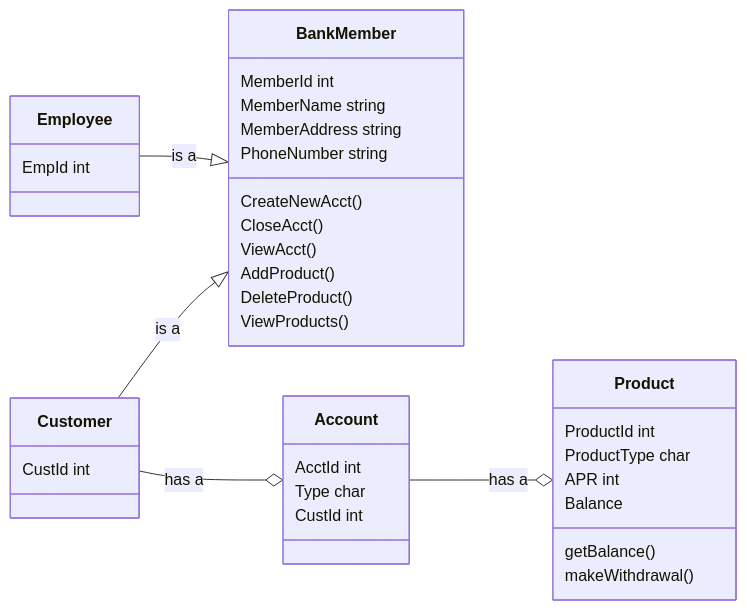
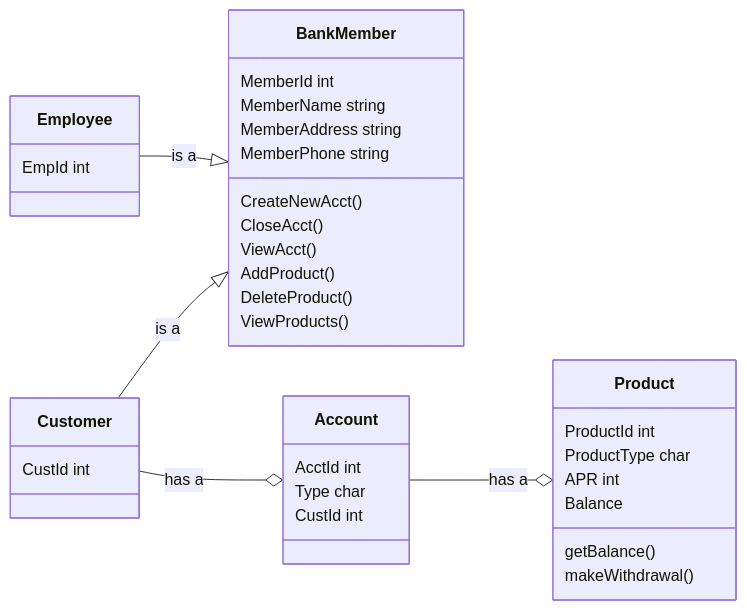
One commit to Marcus-Snell/Test changed the diagram in mermaid.md. Above: the diagram before and after it, drawn with Mermaid.

````diff
--- a/mermaid.md
+++ b/mermaid.md
@@ -1,36 +1,36 @@
 ```mermaid
 classDiagram
 direction LR
 BankMember
 BankMember : MemberId int
 BankMember : MemberName string
 BankMember : MemberAddress string
-BankMember : PhoneNumber string
+BankMember : MemberPhone string
 BankMember : CreateNewAcct()
 BankMember: CloseAcct()
 BankMember : ViewAcct()
 BankMember : AddProduct()
 BankMember : DeleteProduct()
 BankMember : ViewProducts()
 
 Employee --|> BankMember : is a
 Employee : EmpId int
 
 Customer --|> BankMember : is a
 Customer --o Account : has a
 Customer : CustId int
 
 Account --o Product : has a
 Account : AcctId int
 Account : Type char
 Account : CustId int
 
 Product : ProductId int
 Product : ProductType char
 Product : APR int
 Product : Balance
 Product : getBalance()
 Product : makeWithdrawal()
 
 
 ```
````
